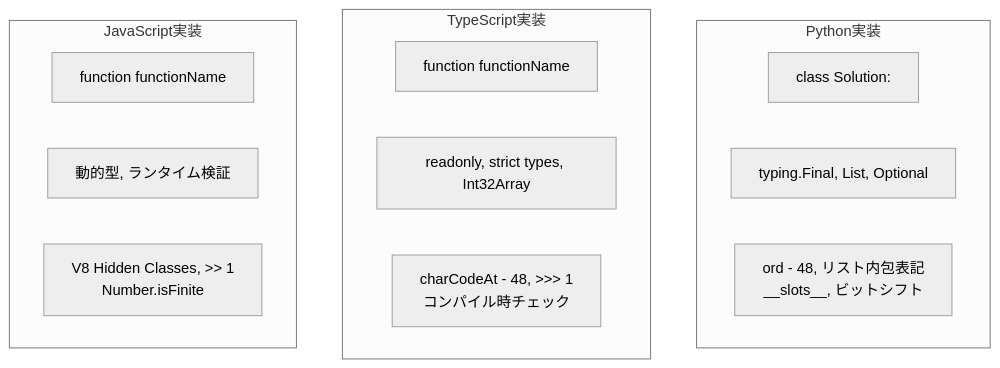
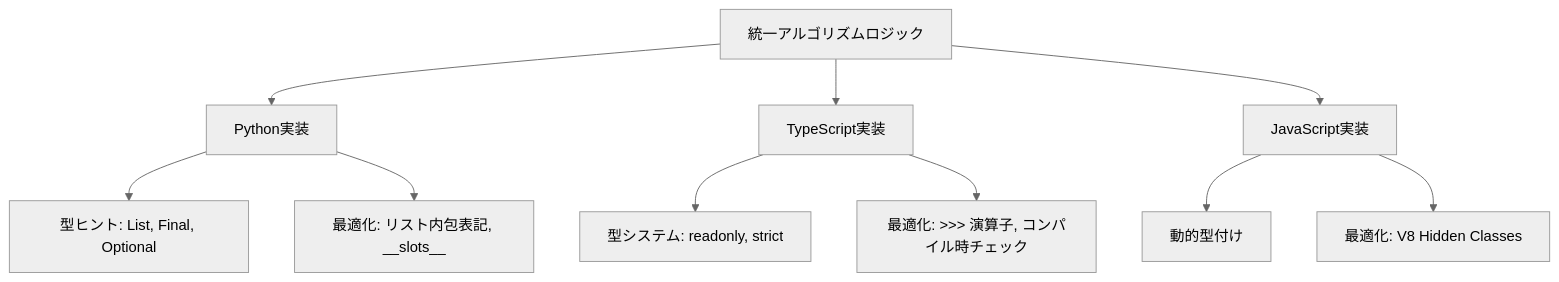
The third of 8 diagrams in README.md (myoshi2891/Algorithm-DataStructures-Math-SQL), drawn with Mermaid (neutral theme) before and after one commit. The commit also changed other lines of this file, not shown here.

````diff
--- a/README.md
+++ b/README.md
@@ -101,20 +92,15 @@
 ```mermaid
-graph TB
-    subgraph Python実装
-        PyClass[class Solution:]
-        PyTypes[typing.Final, List, Optional]
-        PyOpt[ord - 48, リスト内包表記<br/>__slots__, ビットシフト]
-    end
-
-    subgraph TypeScript実装
-        TSFunc[function functionName]
-        TSTypes[readonly, strict types, Int32Array]
-        TSOpt[charCodeAt - 48, >>> 1<br/>コンパイル時チェック]
-    end
-
-    subgraph JavaScript実装
-        JSFunc[function functionName]
-        JSTypes[動的型, ランタイム検証]
-        JSOpt[V8 Hidden Classes, >> 1<br/>Number.isFinite]
-    end
+graph TD
+    A[統一アルゴリズムロジック] --> B[Python実装]
+    A --> C[TypeScript実装]
+    A --> D[JavaScript実装]
+    
+    B --> B1[型ヒント: List, Final, Optional]
+    B --> B2[最適化: リスト内包表記, __slots__]
+    
+    C --> C1[型システム: readonly, strict]
+    C --> C2[最適化: >>> 演算子, コンパイル時チェック]
+    
+    D --> D1[動的型付け]
+    D --> D2[最適化: V8 Hidden Classes]
 ```
````
